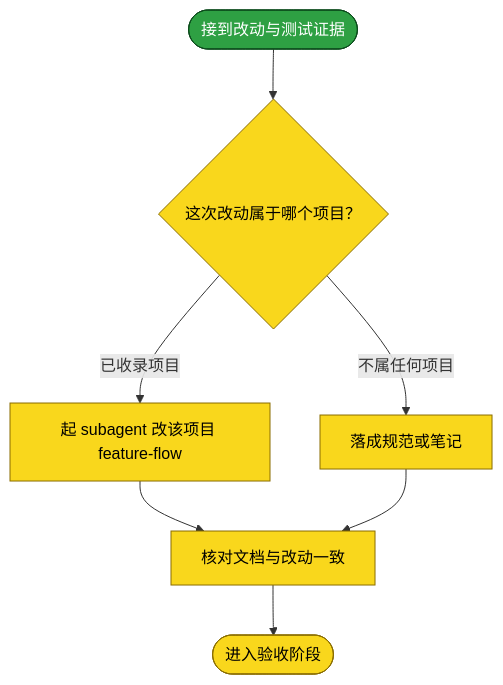
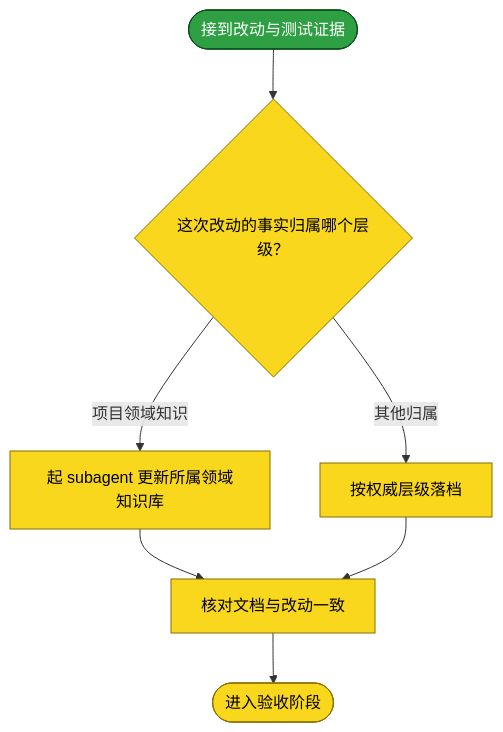
The fourth of 5 diagrams in assets/inbox/template.md (yunjies/knowledge-base), drawn with Mermaid before and after one commit. The commit also changed other lines of this file and 11 other files, not shown here.

````diff
--- a/assets/inbox/template.md
+++ b/assets/inbox/template.md
@@ -417,15 +417,15 @@
 ```mermaid
 flowchart TB
-  A_IN(["接到改动与测试证据"]) --> A_LOCATE{"这次改动属于哪个项目？"}
-  A_LOCATE -->|"已收录项目"| A_AGENT["起 subagent 改该项目 feature-flow"]
-  A_LOCATE -->|"不属任何项目"| A_ELSE["落成规范或笔记"]
+  A_IN(["接到改动与测试证据"]) --> A_LOCATE{"这次改动的事实归属哪个层级？"}
+  A_LOCATE -->|"项目领域知识"| A_AGENT["起 subagent 更新所属领域知识库"]
+  A_LOCATE -->|"其他归属"| A_ELSE["按权威层级落档"]
   A_AGENT --> A_CHECK["核对文档与改动一致"]
   A_ELSE --> A_CHECK
   A_CHECK --> A_OUT(["进入验收阶段"])
 
   classDef todo fill:#f9d71c,stroke:#8a6d00,color:#000
   classDef done fill:#2ea043,stroke:#0b4a1b,color:#fff
   classDef stuck fill:#d73a49,stroke:#7d1220,color:#fff
   class A_IN done
   class A_LOCATE,A_AGENT,A_ELSE,A_CHECK,A_OUT todo
 ```
````
